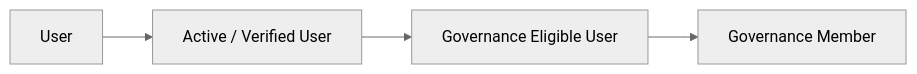
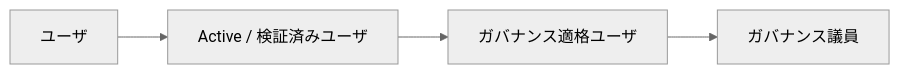
One commit to ShigeichiroYamasaki/creator-first-platform changed the second of 23 diagrams in docs/whitepaper/07-governance.md. Above: the diagram before and after it, drawn with Mermaid (neutral theme). The commit also changed other lines of this file and 67 other files, not shown here.

````diff
--- a/docs/whitepaper/07-governance.md
+++ b/docs/whitepaper/07-governance.md
@@ -91,9 +91,9 @@
 ```mermaid
 flowchart LR
-    USER[User]
-    ACTIVE[Active / Verified User]
-    ELIGIBLE[Governance Eligible User]
-    MEMBER[Governance Member]
+    USER[ユーザ]
+    ACTIVE[Active / 検証済みユーザ]
+    ELIGIBLE[ガバナンス適格ユーザ]
+    MEMBER[ガバナンス議員]
 
     USER --> ACTIVE --> ELIGIBLE --> MEMBER
 ```
````
